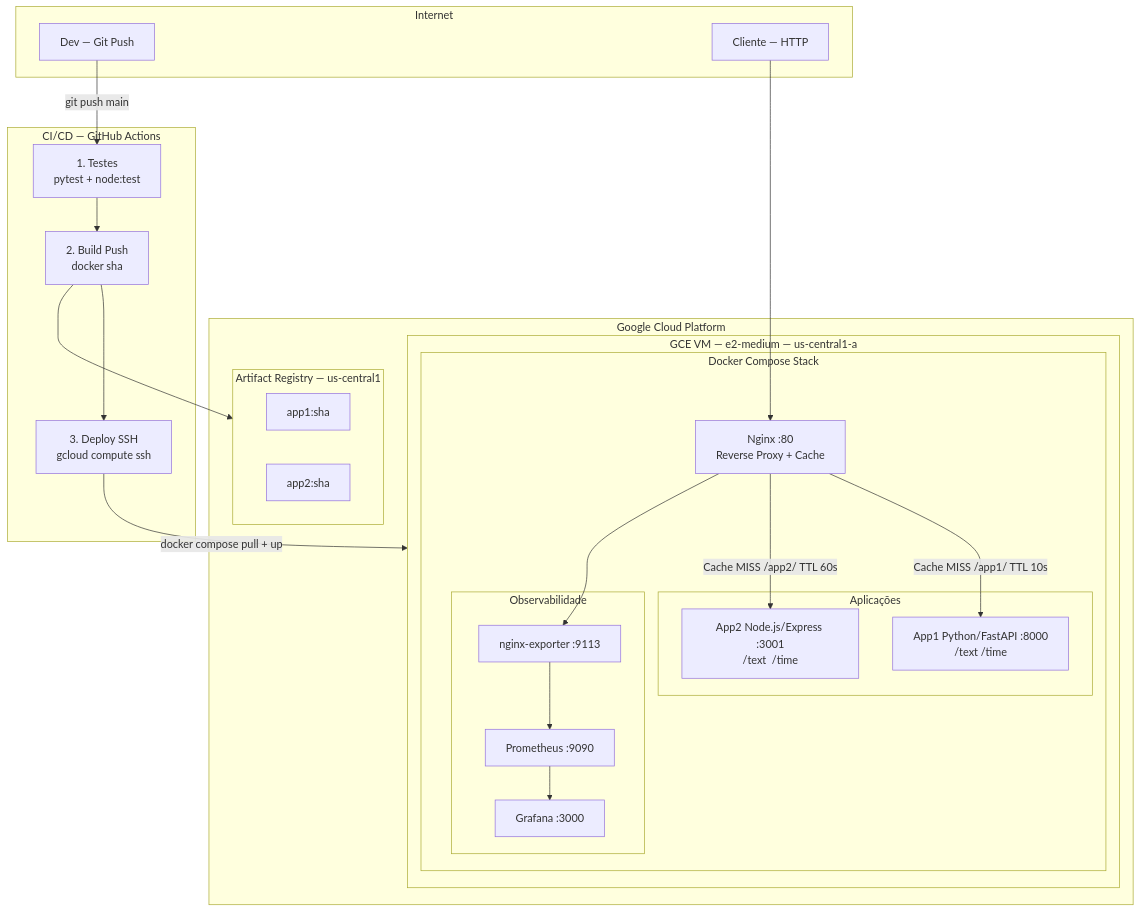
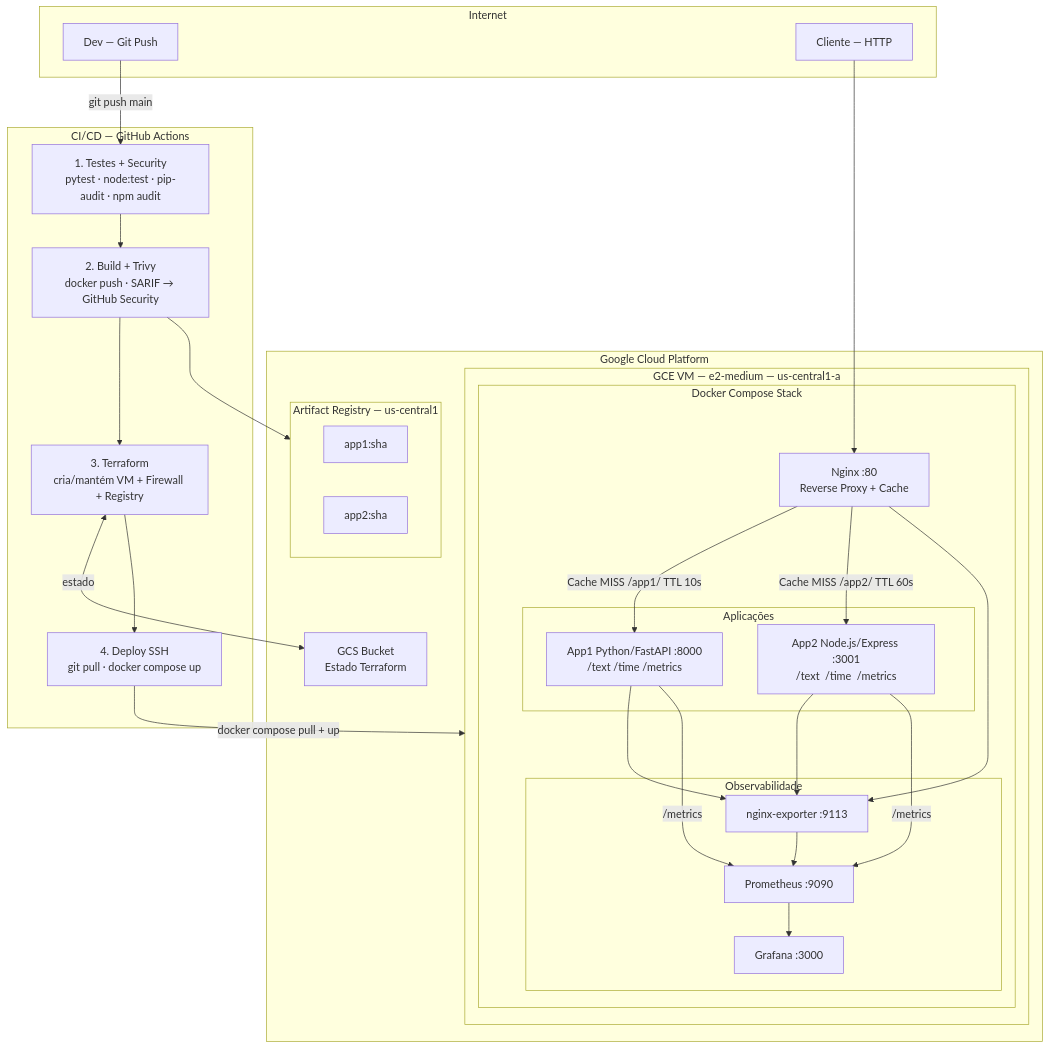
The first of 3 diagrams in docs/architecture.md (wilsongomes345/to-brasil), drawn with Mermaid before and after one commit. The commit also changed other lines of this file and 3 other files, not shown here.

First line of the commit message:
fix: adicionar image tag no compose + gitignore terraform + limpar Dockerfile

````diff
--- a/docs/architecture.md
+++ b/docs/architecture.md
@@ -14,50 +14,59 @@
 ```mermaid
 graph TB
     subgraph Internet
         DEV["Dev — Git Push"]
         CLIENT["Cliente — HTTP"]
     end
 
     subgraph GCP["Google Cloud Platform"]
         subgraph AR["Artifact Registry — us-central1"]
             IMG1["app1:sha"]
             IMG2["app2:sha"]
         end
 
         subgraph GCE["GCE VM — e2-medium — us-central1-a"]
             subgraph DC["Docker Compose Stack"]
                 NGINX["Nginx :80\nReverse Proxy + Cache"]
 
                 subgraph APPS["Aplicações"]
-                    APP1["App1 Python/FastAPI :8000\n/text  /time"]
-                    APP2["App2 Node.js/Express :3001\n/text  /time"]
+                    APP1["App1 Python/FastAPI :8000\n/text  /time  /metrics"]
+                    APP2["App2 Node.js/Express :3001\n/text  /time  /metrics"]
                 end
 
                 subgraph OBS["Observabilidade"]
                     EXP["nginx-exporter :9113"]
                     PROM["Prometheus :9090"]
                     GRAF["Grafana :3000"]
                 end
             end
         end
+
+        GCS["GCS Bucket\nEstado Terraform"]
     end
 
     subgraph CICD["CI/CD — GitHub Actions"]
-        T["1. Testes\npytest + node:test"]
-        B["2. Build Push\ndocker sha"]
-        D["3. Deploy SSH\ngcloud compute ssh"]
+        T["1. Testes + Security\npytest · node:test · pip-audit · npm audit"]
+        B["2. Build + Trivy\ndocker push · SARIF → GitHub Security"]
+        TF["3. Terraform\ncria/mantém VM + Firewall + Registry"]
+        D["4. Deploy SSH\ngit pull · docker compose up"]
     end
 
     DEV -->|"git push main"| T
     T --> B
     B --> AR
-    B --> D
+    B --> TF
+    TF <-->|"estado"| GCS
+    TF --> D
     D -->|"docker compose pull + up"| GCE
 
     CLIENT --> NGINX
     NGINX -->|"Cache MISS /app1/ TTL 10s"| APP1
     NGINX -->|"Cache MISS /app2/ TTL 60s"| APP2
+    APP1 --> EXP
+    APP2 --> EXP
     NGINX --> EXP
     EXP --> PROM
+    APP1 -->|"/metrics"| PROM
+    APP2 -->|"/metrics"| PROM
     PROM --> GRAF
 ```
````
